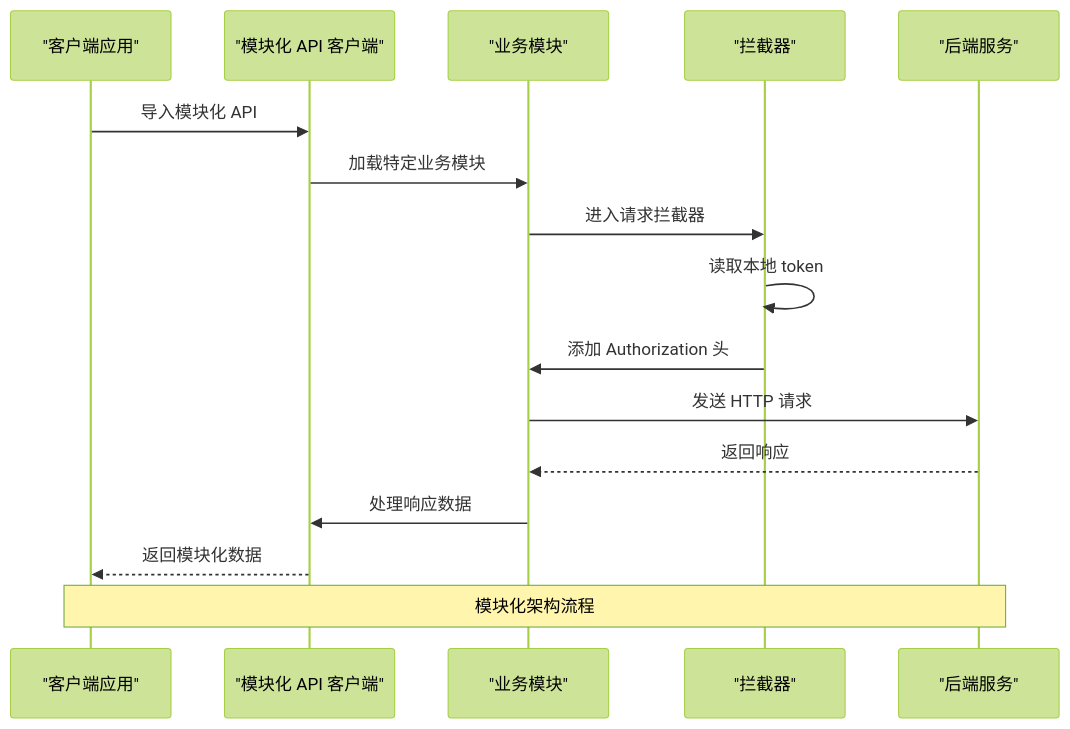
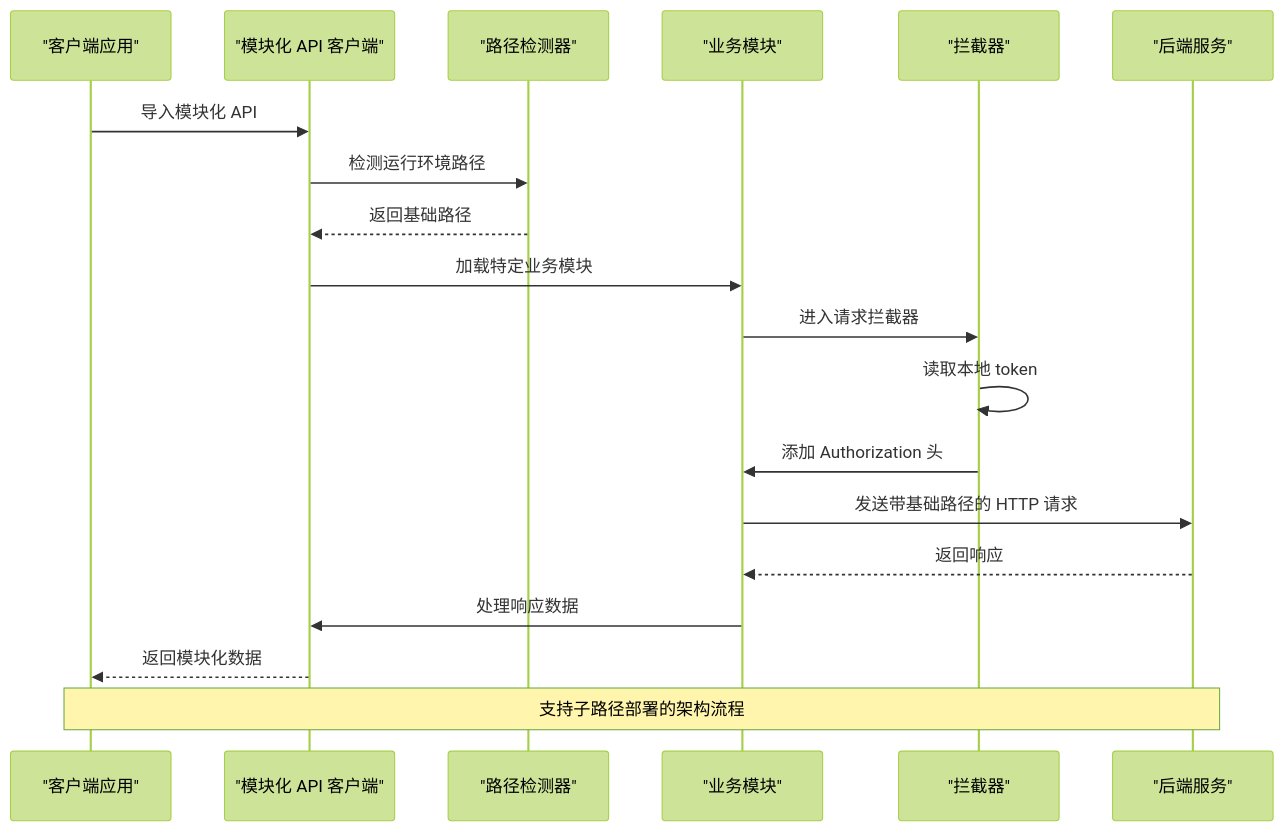
The second of 9 diagrams in .qoder/repowiki/zh/content/前端应用架构/状态管理策略/API 客户端设计.md (gujialind/InvestRing), drawn with Mermaid (forest theme) before and after one commit. The commit also changed other lines of this file and 65 other files, not shown here.

````diff
--- a/.qoder/repowiki/zh/content/前端应用架构/状态管理策略/API 客户端设计.md
+++ b/.qoder/repowiki/zh/content/前端应用架构/状态管理策略/API 客户端设计.md
@@ -189,18 +197,21 @@
 ```mermaid
 sequenceDiagram
 participant Client as "客户端应用"
 participant API as "模块化 API 客户端"
+participant PathDetector as "路径检测器"
 participant Module as "业务模块"
 participant Interceptor as "拦截器"
 participant Backend as "后端服务"
 Client->>API : 导入模块化 API
+API->>PathDetector : 检测运行环境路径
+PathDetector-->>API : 返回基础路径
 API->>Module : 加载特定业务模块
 Module->>Interceptor : 进入请求拦截器
 Interceptor->>Interceptor : 读取本地 token
 Interceptor->>Module : 添加 Authorization 头
-Module->>Backend : 发送 HTTP 请求
+Module->>Backend : 发送带基础路径的 HTTP 请求
 Backend-->>Module : 返回响应
 Module->>API : 处理响应数据
 API-->>Client : 返回模块化数据
-Note over Client,Backend : 模块化架构流程
+Note over Client,Backend : 支持子路径部署的架构流程
 ```
````
